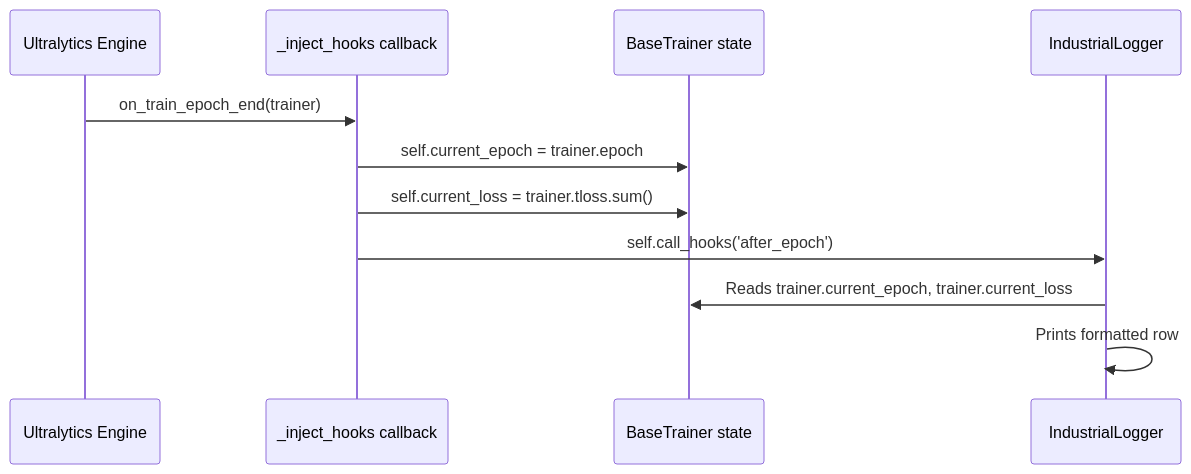
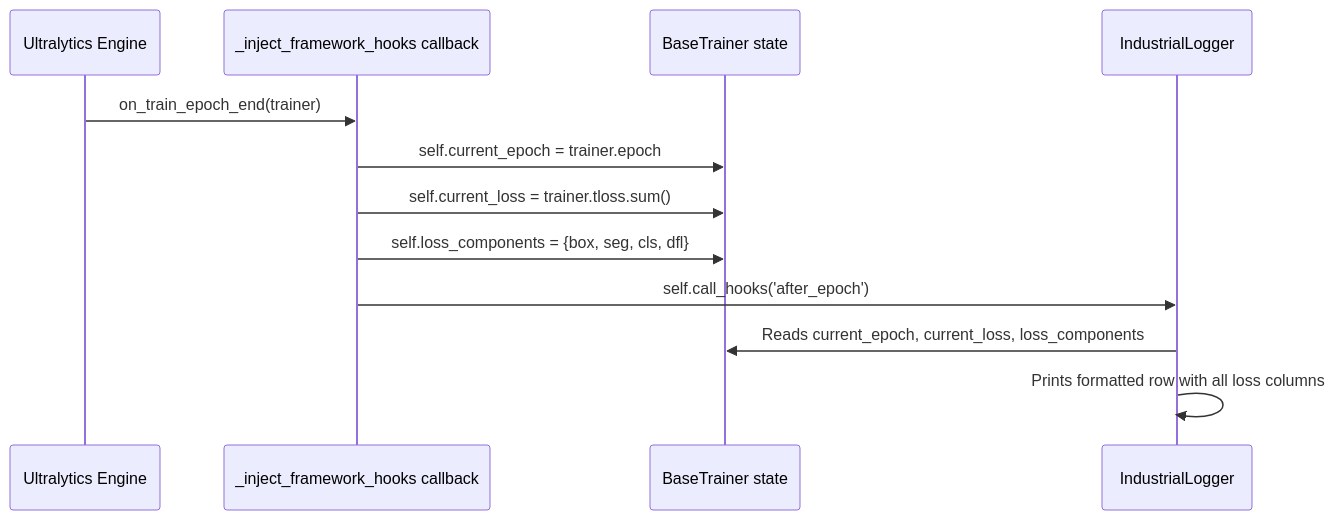
Before and after one commit to waledroid/IsiDetector: the diagram in docs/trainers/yolo.md, drawn with Mermaid. The commit also changed other lines of this file and 33 other files, not shown here.

````diff
--- a/docs/trainers/yolo.md
+++ b/docs/trainers/yolo.md
@@ -118,14 +123,15 @@
 ```mermaid
 sequenceDiagram
     participant Ultra as Ultralytics Engine
-    participant Bridge as _inject_hooks callback
+    participant Bridge as _inject_framework_hooks callback
     participant BT as BaseTrainer state
     participant Hook as IndustrialLogger
 
     Ultra->>Bridge: on_train_epoch_end(trainer)
     Bridge->>BT: self.current_epoch = trainer.epoch
     Bridge->>BT: self.current_loss = trainer.tloss.sum()
+    Bridge->>BT: self.loss_components = {box, seg, cls, dfl}
     Bridge->>Hook: self.call_hooks('after_epoch')
-    Hook->>BT: Reads trainer.current_epoch, trainer.current_loss
-    Hook->>Hook: Prints formatted row
+    Hook->>BT: Reads current_epoch, current_loss, loss_components
+    Hook->>Hook: Prints formatted row with all loss columns
 ```
````
